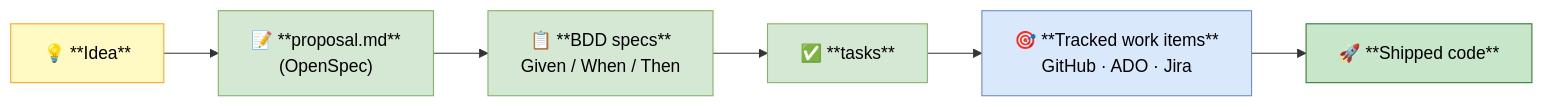
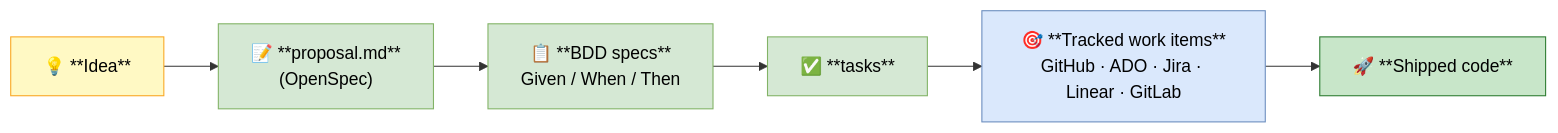
One commit to aks-builds/openspecpm changed the first of 3 diagrams in README.md. Above: the diagram before and after it, drawn with Mermaid. The commit also changed other lines of this file and 10 other files, not shown here.

````diff
--- a/README.md
+++ b/README.md
@@ -11,21 +11,21 @@
 ```mermaid
 flowchart LR
     Idea["💡 **Idea**"]
     Proposal["📝 **proposal.md**<br/>(OpenSpec)"]
     BDD["📋 **BDD specs**<br/>Given / When / Then"]
     Tasks["✅ **tasks**"]
-    Tracked["🎯 **Tracked work items**<br/>GitHub · ADO · Jira"]
+    Tracked["🎯 **Tracked work items**<br/>GitHub · ADO · Jira · Linear · GitLab"]
     Shipped["🚀 **Shipped code**"]
 
     Idea --> Proposal --> BDD --> Tasks --> Tracked --> Shipped
 
     classDef ideaC fill:#FFF9C4,stroke:#F9A825,color:#000
     classDef artifactC fill:#D5E8D4,stroke:#82B366,color:#000
     classDef extC fill:#DAE8FC,stroke:#6C8EBF,color:#000
     classDef doneC fill:#C8E6C9,stroke:#2E7D32,color:#000
 
     class Idea ideaC
     class Proposal,BDD,Tasks artifactC
     class Tracked extC
     class Shipped doneC
 ```
````
